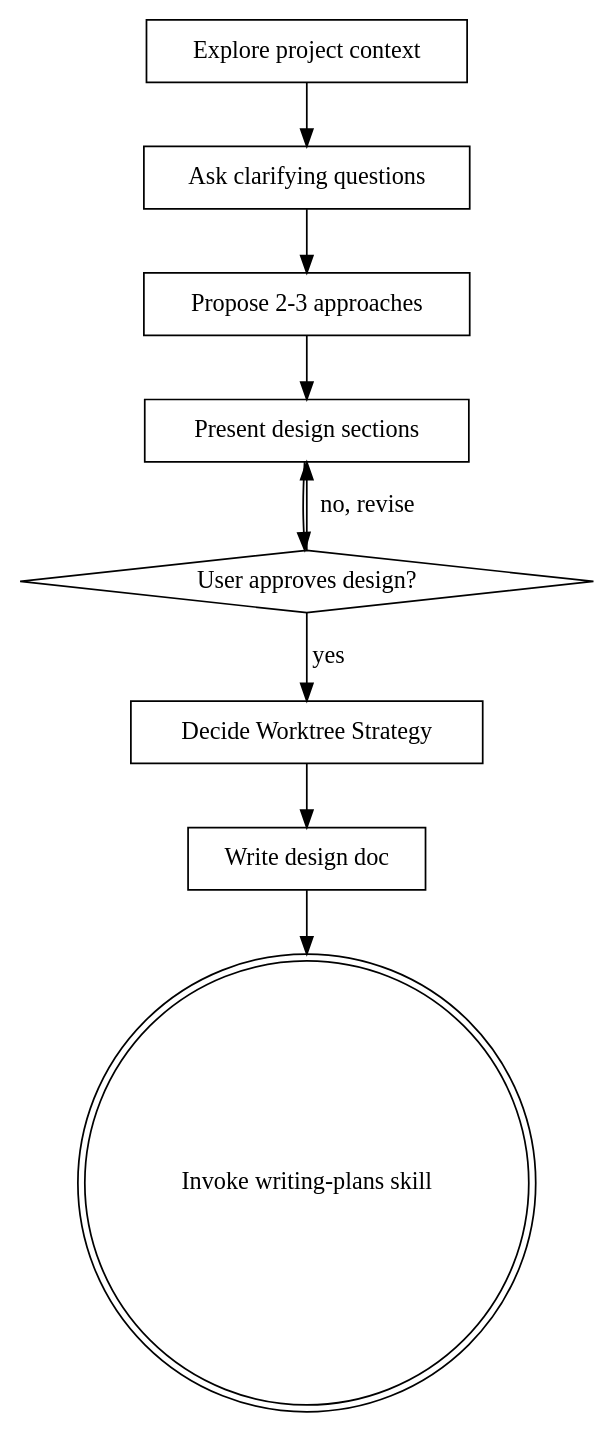
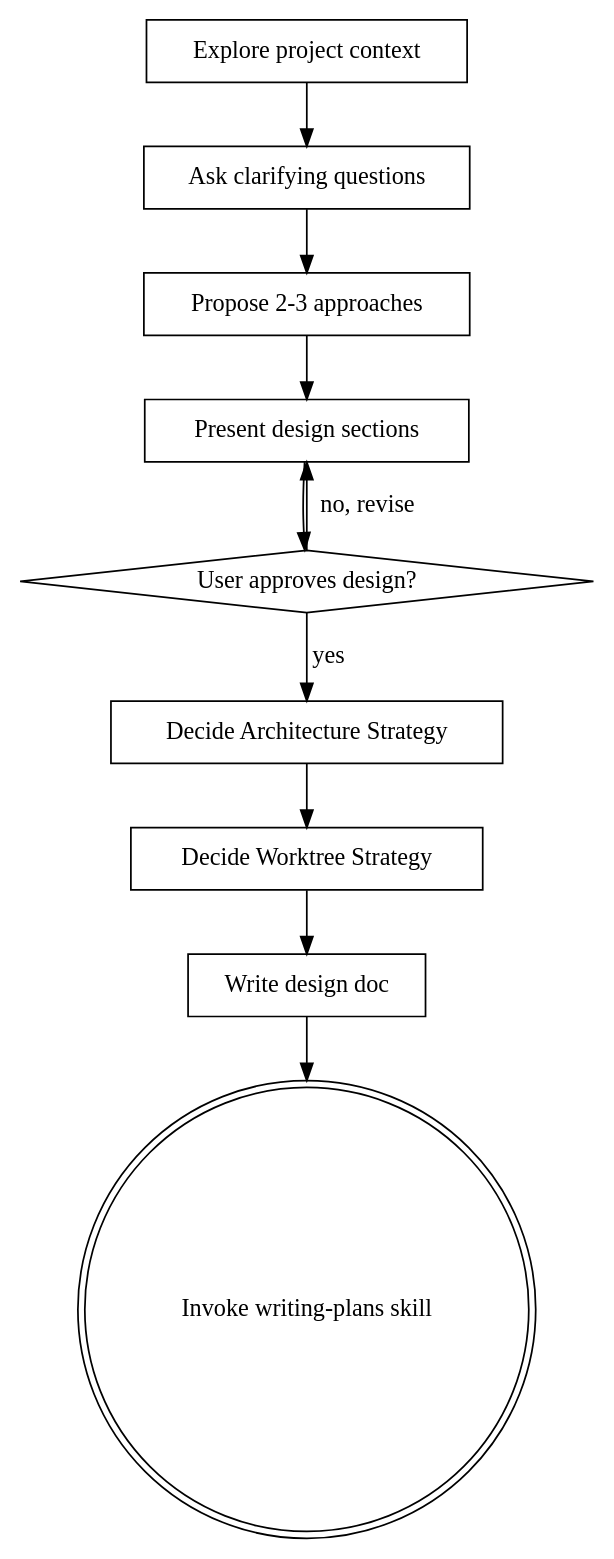
The diagram in stubs/agents/skills/brainstorming/SKILL.md (joranski/agents), drawn with Graphviz before and after one commit. The commit also changed other lines of this file and 14 other files, not shown here.

````diff
--- a/stubs/agents/skills/brainstorming/SKILL.md
+++ b/stubs/agents/skills/brainstorming/SKILL.md
@@ -38,21 +39,23 @@
 ```dot
 digraph brainstorming {
     "Explore project context" [shape=box];
     "Ask clarifying questions" [shape=box];
     "Propose 2-3 approaches" [shape=box];
     "Present design sections" [shape=box];
     "User approves design?" [shape=diamond];
+    "Decide Architecture Strategy" [shape=box];
     "Decide Worktree Strategy" [shape=box];
     "Write design doc" [shape=box];
     "Invoke writing-plans skill" [shape=doublecircle];
 
     "Explore project context" -> "Ask clarifying questions";
     "Ask clarifying questions" -> "Propose 2-3 approaches";
     "Propose 2-3 approaches" -> "Present design sections";
     "Present design sections" -> "User approves design?";
     "User approves design?" -> "Present design sections" [label="no, revise"];
-    "User approves design?" -> "Decide Worktree Strategy" [label="yes"];
+    "User approves design?" -> "Decide Architecture Strategy" [label="yes"];
+    "Decide Architecture Strategy" -> "Decide Worktree Strategy";
     "Decide Worktree Strategy" -> "Write design doc";
     "Write design doc" -> "Invoke writing-plans skill";
 }
 ```
````
